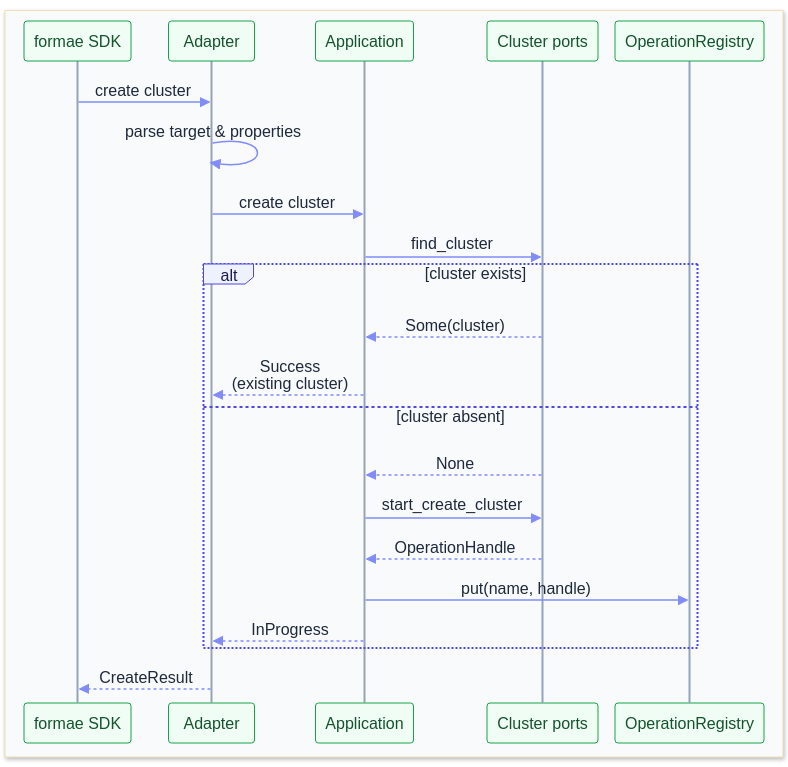
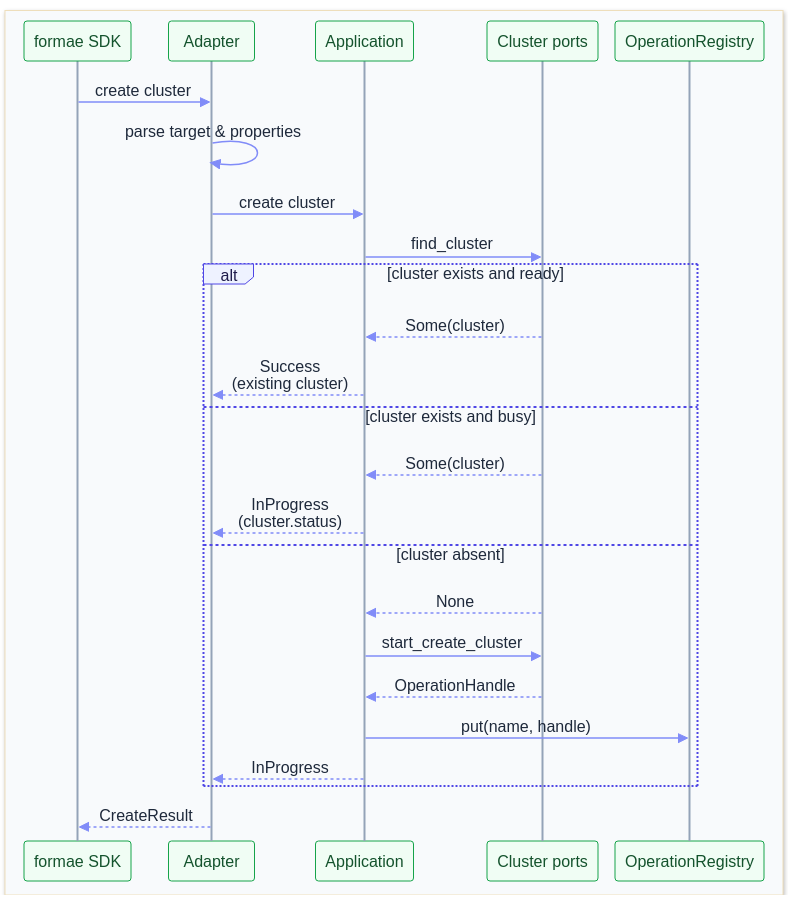
The third of 4 diagrams in docs/DESIGN.md (extropy-eng/formae-plugin-kiac), drawn with Mermaid before and after one commit. The commit also changed other lines of this file and 2 other files, not shown here.

Commit message:
fix(cluster): keep a busy existing cluster in progress
A retried create now waits for the existing cluster to become ready instead of
reporting success while its VMs are still booting.

Methodology: Superpowers <https://github.com/obra/superpowers>

````diff
--- a/docs/DESIGN.md
+++ b/docs/DESIGN.md
@@ -697,60 +699,63 @@
 ```mermaid
 %%{
   init: {
     "theme": "base",
     "fontSize": "16px",
     "themeVariables": {
       "signalColor": "#818cf8",
       "signalTextColor": "#1e293b",
       "actorBkg": "#f0fdf4",
       "actorBorder": "#16a34a",
       "actorTextColor": "#14532d",
       "actorLineColor": "#94a3b8",
       "labelBoxBkgColor": "#eef2ff",
       "labelBoxBorderColor": "#4f46e5",
       "labelTextColor": "#1e1b4b",
       "loopTextColor": "#1e293b",
       "noteBkgColor": "#fef3c7",
       "noteTextColor": "#78350f",
       "activationBkgColor": "#c7d2fe",
       "activationBorderColor": "#4f46e5"
     },
     "sequence": {
       "wrap": false,
       "width": 86,
       "height": 40,
       "actorMargin": 17,
       "messageMargin": 26,
       "boxMargin": 7,
       "diagramMarginX": 9,
       "diagramMarginY": 6,
       "activationWidth": 8
     },
     "themeCSS": "rect.rect{stroke:#94a3b8;stroke-width:1px}rect[name=SDK],rect[name=A]{fill:#eef2ff;stroke:#4f46e5}[data-id=SDK] text,[data-id=A] text,g:has(rect[name=SDK]) text,g:has(rect[name=A]) text{fill:#1e1b4b}"
   }
 }%%
 sequenceDiagram
     box rgb(248, 250, 252)
         participant SDK as formae SDK
         participant A as Adapter
         participant App as Application
         participant K as Cluster ports
         participant R as OperationRegistry
     end
 
     SDK->>A: create cluster
     A->>A: parse target & properties
     A->>App: create cluster
     App->>K: find_cluster
-    alt cluster exists
+    alt cluster exists and ready
         K-->>App: Some(cluster)
         App-->>A: Success<br/>(existing cluster)
+    else cluster exists and busy
+        K-->>App: Some(cluster)
+        App-->>A: InProgress<br/>(cluster.status)
     else cluster absent
         K-->>App: None
         App->>K: start_create_cluster
         K-->>App: OperationHandle
         App->>R: put(name, handle)
         App-->>A: InProgress
     end
     A-->>SDK: CreateResult
 ```
````
